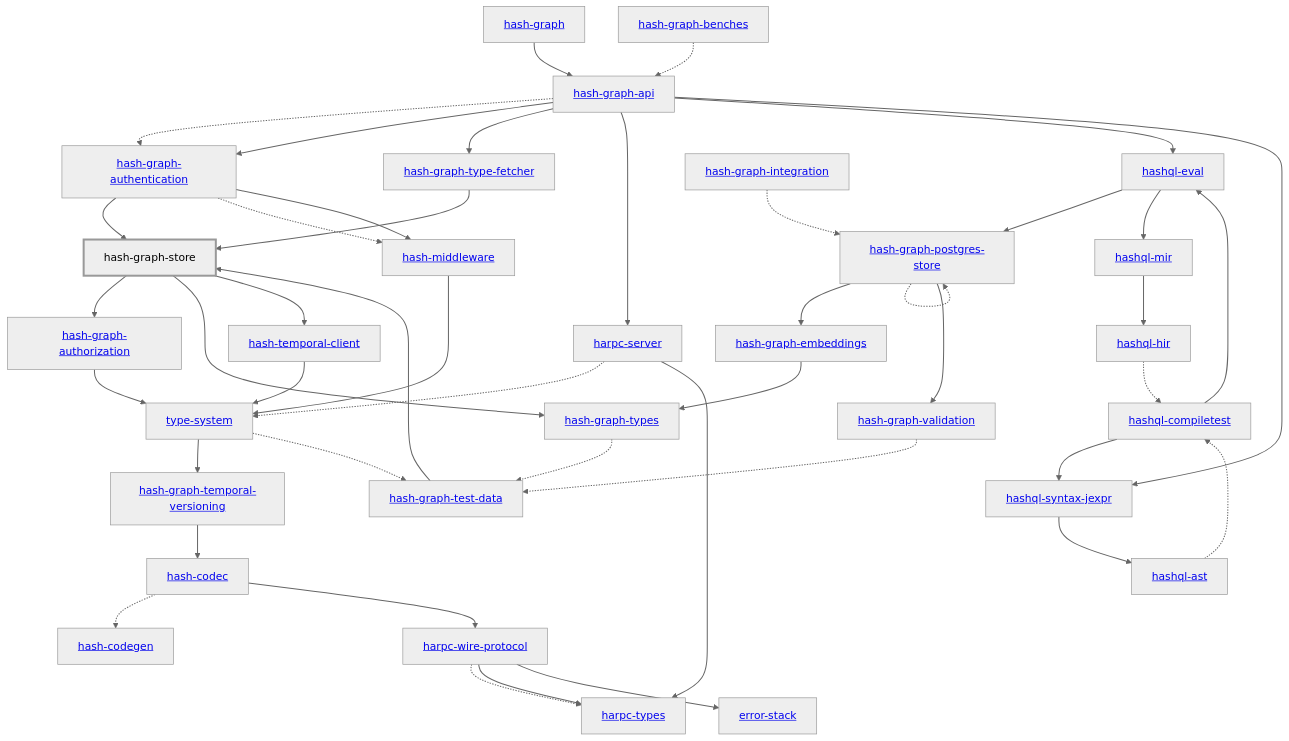
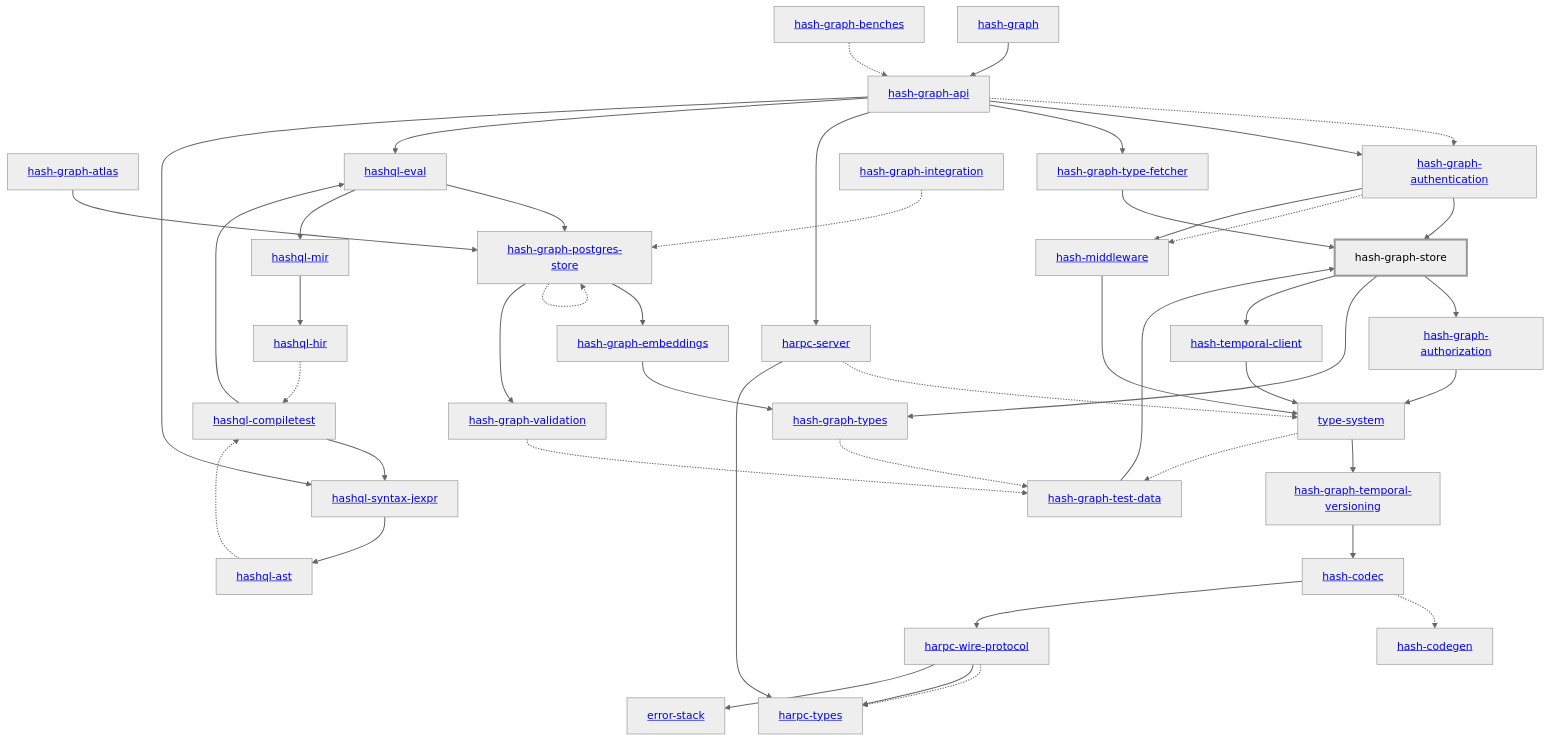
The diagram in libs/@local/graph/store/rust/docs/dependency-diagram.mmd (hashintel/hash), drawn with Mermaid (neutral theme) before and after one commit. The commit also changed 640 other files, not shown here.

Commit message:
feat: the hash-graph-atlas crate

```diff
--- a/libs/@local/graph/store/rust/docs/dependency-diagram.mmd
+++ b/libs/@local/graph/store/rust/docs/dependency-diagram.mmd
@@ -1,84 +1,86 @@
 graph TD
     linkStyle default stroke-width:1.5px
     classDef default stroke-width:1px
     classDef root stroke-width:3px
     classDef dev stroke-width:1px
     classDef build stroke-width:1px
     %% Legend
     %% --> : Normal dependency
     %% -.-> : Dev dependency
     %% ---> : Build dependency
     0[<a href="../hash_graph/index.html">hash-graph</a>]
     1[<a href="../type_system/index.html">type-system</a>]
     2[<a href="../hash_codec/index.html">hash-codec</a>]
     3[<a href="../hash_codegen/index.html">hash-codegen</a>]
     4[<a href="../hash_graph_api/index.html">hash-graph-api</a>]
-    5[<a href="../hash_graph_authentication/index.html">hash-graph-authentication</a>]
-    6[<a href="../hash_graph_authorization/index.html">hash-graph-authorization</a>]
-    7[<a href="../hash_graph_embeddings/index.html">hash-graph-embeddings</a>]
-    8[<a href="../hash_graph_postgres_store/index.html">hash-graph-postgres-store</a>]
-    9[hash-graph-store]
-    class 9 root
-    10[<a href="../hash_graph_temporal_versioning/index.html">hash-graph-temporal-versioning</a>]
-    11[<a href="../hash_graph_type_fetcher/index.html">hash-graph-type-fetcher</a>]
-    12[<a href="../hash_graph_types/index.html">hash-graph-types</a>]
-    13[<a href="../hash_graph_validation/index.html">hash-graph-validation</a>]
-    14[<a href="../harpc_server/index.html">harpc-server</a>]
-    15[<a href="../harpc_types/index.html">harpc-types</a>]
-    16[<a href="../harpc_wire_protocol/index.html">harpc-wire-protocol</a>]
-    17[<a href="../hashql_ast/index.html">hashql-ast</a>]
-    18[<a href="../hashql_compiletest/index.html">hashql-compiletest</a>]
-    19[<a href="../hashql_eval/index.html">hashql-eval</a>]
-    20[<a href="../hashql_hir/index.html">hashql-hir</a>]
-    21[<a href="../hashql_mir/index.html">hashql-mir</a>]
-    22[<a href="../hashql_syntax_jexpr/index.html">hashql-syntax-jexpr</a>]
-    23[<a href="../hash_middleware/index.html">hash-middleware</a>]
-    24[<a href="../hash_temporal_client/index.html">hash-temporal-client</a>]
-    25[<a href="../error_stack/index.html">error-stack</a>]
-    26[<a href="../hash_graph_benches/index.html">hash-graph-benches</a>]
-    27[<a href="../hash_graph_integration/index.html">hash-graph-integration</a>]
-    28[<a href="../hash_graph_test_data/index.html">hash-graph-test-data</a>]
+    5[<a href="../hash_graph_atlas/index.html">hash-graph-atlas</a>]
+    6[<a href="../hash_graph_authentication/index.html">hash-graph-authentication</a>]
+    7[<a href="../hash_graph_authorization/index.html">hash-graph-authorization</a>]
+    8[<a href="../hash_graph_embeddings/index.html">hash-graph-embeddings</a>]
+    9[<a href="../hash_graph_postgres_store/index.html">hash-graph-postgres-store</a>]
+    10[hash-graph-store]
+    class 10 root
+    11[<a href="../hash_graph_temporal_versioning/index.html">hash-graph-temporal-versioning</a>]
+    12[<a href="../hash_graph_type_fetcher/index.html">hash-graph-type-fetcher</a>]
+    13[<a href="../hash_graph_types/index.html">hash-graph-types</a>]
+    14[<a href="../hash_graph_validation/index.html">hash-graph-validation</a>]
+    15[<a href="../harpc_server/index.html">harpc-server</a>]
+    16[<a href="../harpc_types/index.html">harpc-types</a>]
+    17[<a href="../harpc_wire_protocol/index.html">harpc-wire-protocol</a>]
+    18[<a href="../hashql_ast/index.html">hashql-ast</a>]
+    19[<a href="../hashql_compiletest/index.html">hashql-compiletest</a>]
+    20[<a href="../hashql_eval/index.html">hashql-eval</a>]
+    21[<a href="../hashql_hir/index.html">hashql-hir</a>]
+    22[<a href="../hashql_mir/index.html">hashql-mir</a>]
+    23[<a href="../hashql_syntax_jexpr/index.html">hashql-syntax-jexpr</a>]
+    24[<a href="../hash_middleware/index.html">hash-middleware</a>]
+    25[<a href="../hash_temporal_client/index.html">hash-temporal-client</a>]
+    26[<a href="../error_stack/index.html">error-stack</a>]
+    27[<a href="../hash_graph_benches/index.html">hash-graph-benches</a>]
+    28[<a href="../hash_graph_integration/index.html">hash-graph-integration</a>]
+    29[<a href="../hash_graph_test_data/index.html">hash-graph-test-data</a>]
     0 --> 4
-    1 --> 10
-    1 -.-> 28
+    1 --> 11
+    1 -.-> 29
     2 -.-> 3
-    2 --> 16
-    4 -.-> 5
-    4 --> 5
-    4 --> 11
-    4 --> 14
-    4 --> 19
-    4 --> 22
+    2 --> 17
+    4 -.-> 6
+    4 --> 6
+    4 --> 12
+    4 --> 15
+    4 --> 20
+    4 --> 23
     5 --> 9
-    5 -.-> 23
-    5 --> 23
-    6 --> 1
-    7 --> 12
-    8 --> 7
-    8 -.-> 8
+    6 --> 10
+    6 -.-> 24
+    6 --> 24
+    7 --> 1
     8 --> 13
-    9 --> 6
-    9 --> 12
-    9 --> 24
-    10 --> 2
-    11 --> 9
-    12 -.-> 28
-    13 -.-> 28
-    14 -.-> 1
-    14 --> 15
-    16 -.-> 15
-    16 --> 15
-    16 --> 25
-    17 -.-> 18
-    18 --> 19
-    18 --> 22
-    19 --> 8
-    19 --> 21
-    20 -.-> 18
-    21 --> 20
-    22 --> 17
-    23 --> 1
+    9 --> 8
+    9 -.-> 9
+    9 --> 14
+    10 --> 7
+    10 --> 13
+    10 --> 25
+    11 --> 2
+    12 --> 10
+    13 -.-> 29
+    14 -.-> 29
+    15 -.-> 1
+    15 --> 16
+    17 -.-> 16
+    17 --> 16
+    17 --> 26
+    18 -.-> 19
+    19 --> 20
+    19 --> 23
+    20 --> 9
+    20 --> 22
+    21 -.-> 19
+    22 --> 21
+    23 --> 18
     24 --> 1
-    26 -.-> 4
-    27 -.-> 8
-    28 --> 9
+    25 --> 1
+    27 -.-> 4
+    28 -.-> 9
+    29 --> 10
```
